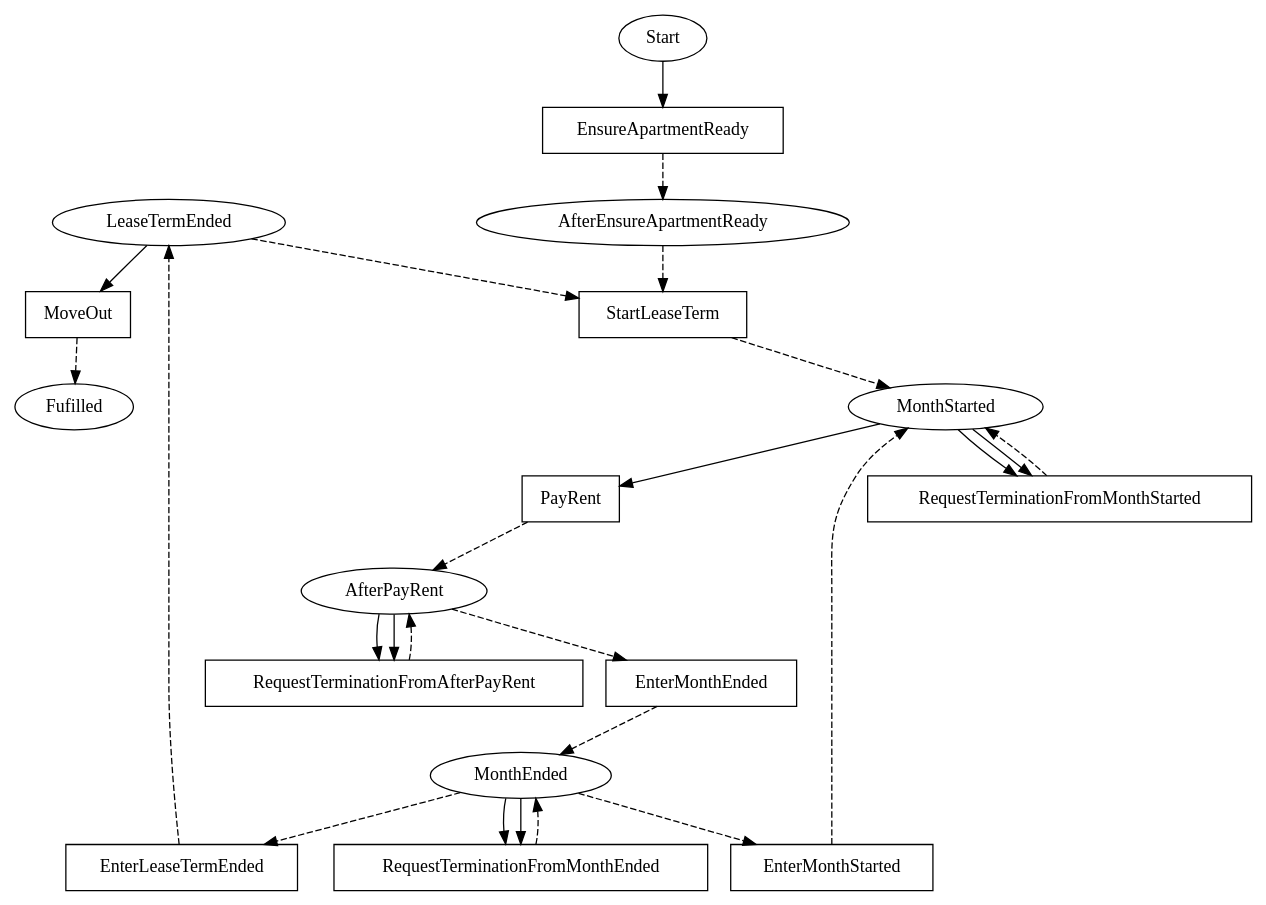
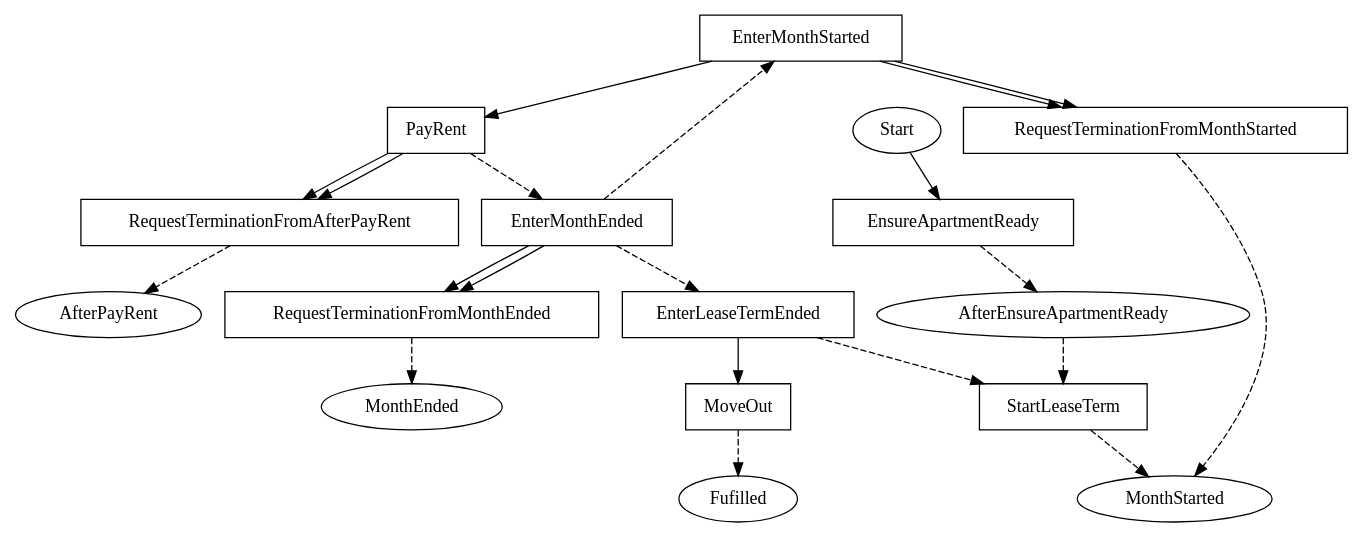
One commit to Marcao02/complaw-deeptech changed the diagram in linear_state_machine_language/pyL4/examples_graphviz_out/from_academic_lit/hvitved_lease.dot. Above: the diagram before and after it, drawn with Graphviz. The commit also changed 7 other files, not shown here.

```diff
--- a/linear_state_machine_language/pyL4/examples_graphviz_out/from_academic_lit/hvitved_lease.dot
+++ b/linear_state_machine_language/pyL4/examples_graphviz_out/from_academic_lit/hvitved_lease.dot
@@ -1,52 +1,44 @@
 // THIS IS A GENERATED FILE. DO NOT EDIT.
 
 digraph Lease_Hvitved {    
     Fulfilled[label=Fufilled];
     Start[label=Start];
-	AfterEnsureApartmentReady[label=AfterEnsureApartmentReady];
-	MonthStarted[label=MonthStarted];
-	AfterPayRent[label=AfterPayRent];
-	MonthEnded[label=MonthEnded];
-	LeaseTermEnded[label=LeaseTermEnded]
+	AfterEnsureApartmentReady[label=AfterEnsureApartmentReady]
     
      
     RequestTerminationFromMonthStarted[label=RequestTerminationFromMonthStarted,shape=box];
 	RequestTerminationFromAfterPayRent[label=RequestTerminationFromAfterPayRent,shape=box];
 	RequestTerminationFromMonthEnded[label=RequestTerminationFromMonthEnded,shape=box];
 	EnsureApartmentReady[label=EnsureApartmentReady,shape=box];
 	StartLeaseTerm[label=StartLeaseTerm,shape=box];
 	EnterMonthStarted[label=EnterMonthStarted,shape=box];
 	PayRent[label=PayRent,shape=box];
 	EnterMonthEnded[label=EnterMonthEnded,shape=box];
 	EnterLeaseTermEnded[label=EnterLeaseTermEnded,shape=box];
 	MoveOut[label=MoveOut,shape=box]    
     
     
     
     Start -> EnsureApartmentReady;
 	AfterEnsureApartmentReady -> StartLeaseTerm [style=dashed];
-	MonthStarted -> PayRent;
-	MonthStarted -> RequestTerminationFromMonthStarted;
-	MonthStarted -> RequestTerminationFromMonthStarted;
-	AfterPayRent -> EnterMonthEnded [style=dashed];
-	AfterPayRent -> RequestTerminationFromAfterPayRent;
-	AfterPayRent -> RequestTerminationFromAfterPayRent;
-	MonthEnded -> EnterLeaseTermEnded [style=dashed];
-	MonthEnded -> EnterMonthStarted [style=dashed];
-	MonthEnded -> RequestTerminationFromMonthEnded;
-	MonthEnded -> RequestTerminationFromMonthEnded;
-	LeaseTermEnded -> MoveOut;
-	LeaseTermEnded -> StartLeaseTerm [style=dashed]
+	EnterMonthStarted -> PayRent;
+	EnterMonthStarted -> RequestTerminationFromMonthStarted;
+	EnterMonthStarted -> RequestTerminationFromMonthStarted;
+	PayRent -> EnterMonthEnded [style=dashed];
+	PayRent -> RequestTerminationFromAfterPayRent;
+	PayRent -> RequestTerminationFromAfterPayRent;
+	EnterMonthEnded -> EnterLeaseTermEnded [style=dashed];
+	EnterMonthEnded -> EnterMonthStarted [style=dashed];
+	EnterMonthEnded -> RequestTerminationFromMonthEnded;
+	EnterMonthEnded -> RequestTerminationFromMonthEnded;
+	EnterLeaseTermEnded -> MoveOut;
+	EnterLeaseTermEnded -> StartLeaseTerm [style=dashed]
     
     RequestTerminationFromMonthStarted -> MonthStarted [style=dashed];
 	RequestTerminationFromAfterPayRent -> AfterPayRent [style=dashed];
 	RequestTerminationFromMonthEnded -> MonthEnded [style=dashed];
 	EnsureApartmentReady -> AfterEnsureApartmentReady [style=dashed];
 	StartLeaseTerm -> MonthStarted [style=dashed];
-	EnterMonthStarted -> MonthStarted [style=dashed];
-	PayRent -> AfterPayRent [style=dashed];
-	EnterMonthEnded -> MonthEnded [style=dashed];
-	EnterLeaseTermEnded -> LeaseTermEnded [style=dashed];
 	MoveOut -> Fulfilled [style=dashed];
 	        
 }
```
